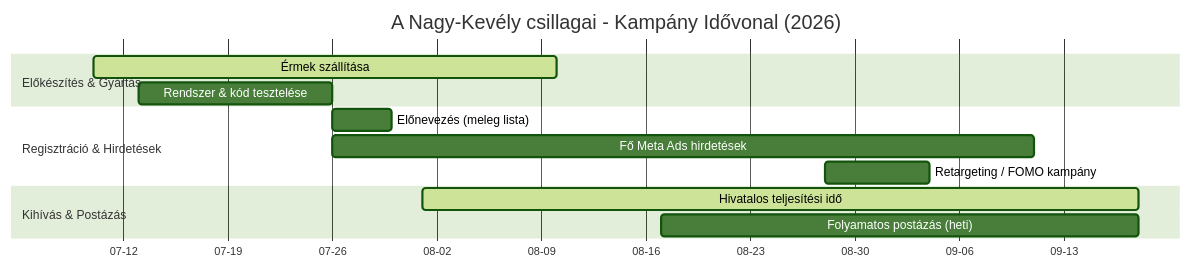
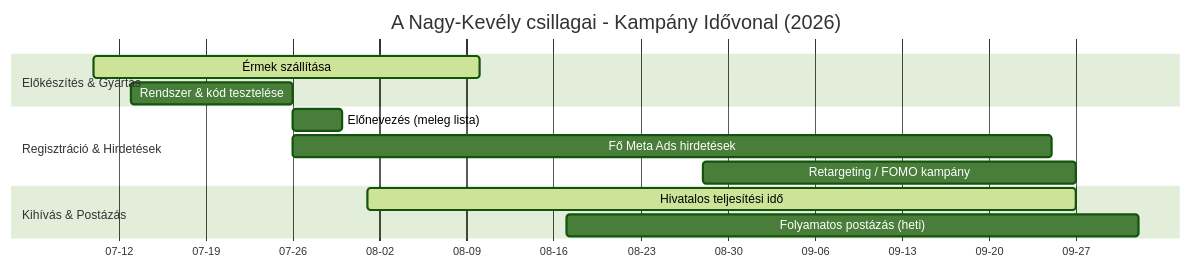
Before and after one commit to Admex666/other_projects: the diagram in VitaSteps/campaigns/nagy_kevely_csillagai.md, drawn with Mermaid (forest theme). The commit also changed other lines of this file and 4 other files, not shown here.

````diff
--- a/VitaSteps/campaigns/nagy_kevely_csillagai.md
+++ b/VitaSteps/campaigns/nagy_kevely_csillagai.md
@@ -70,19 +69,19 @@
 ```mermaid
 gantt
     title A Nagy-Kevély csillagai - Kampány Idővonal (2026)
     dateFormat  YYYY-MM-DD
     axisFormat  %m-%d
     
     section Előkészítés & Gyártás
     Érmek szállítása            :active, des1, 2026-07-10, 2026-08-10
     Rendszer & kód tesztelése   :des2, 2026-07-13, 2026-07-26
     
     section Regisztráció & Hirdetések
     Előnevezés (meleg lista)    :des3, 2026-07-26, 2026-07-30
-    Fő Meta Ads hirdetések      :des4, 2026-07-26, 2026-09-11
-    Retargeting / FOMO kampány  :des5, 2026-08-28, 2026-09-04
+    Fő Meta Ads hirdetések      :des4, 2026-07-26, 2026-09-25
+    Retargeting / FOMO kampány  :des5, 2026-08-28, 2026-09-27
     
     section Kihívás & Postázás
-    Hivatalos teljesítési idő   :active, des6, 2026-08-01, 2026-09-18
-    Folyamatos postázás (heti)  :des8, 2026-08-17, 2026-09-18
+    Hivatalos teljesítési idő   :active, des6, 2026-08-01, 2026-09-27
+    Folyamatos postázás (heti)  :des8, 2026-08-17, 2026-10-02
 ```
````
